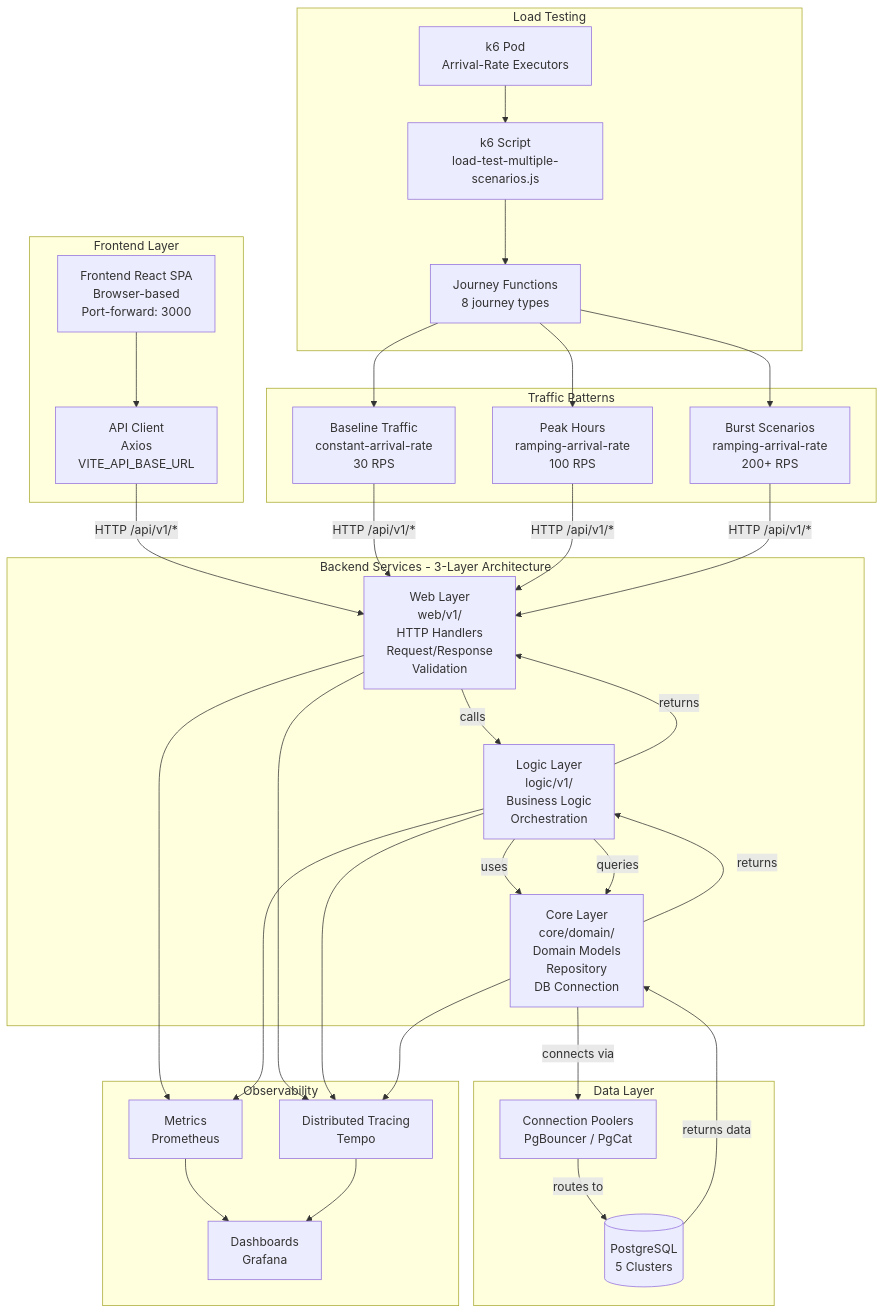
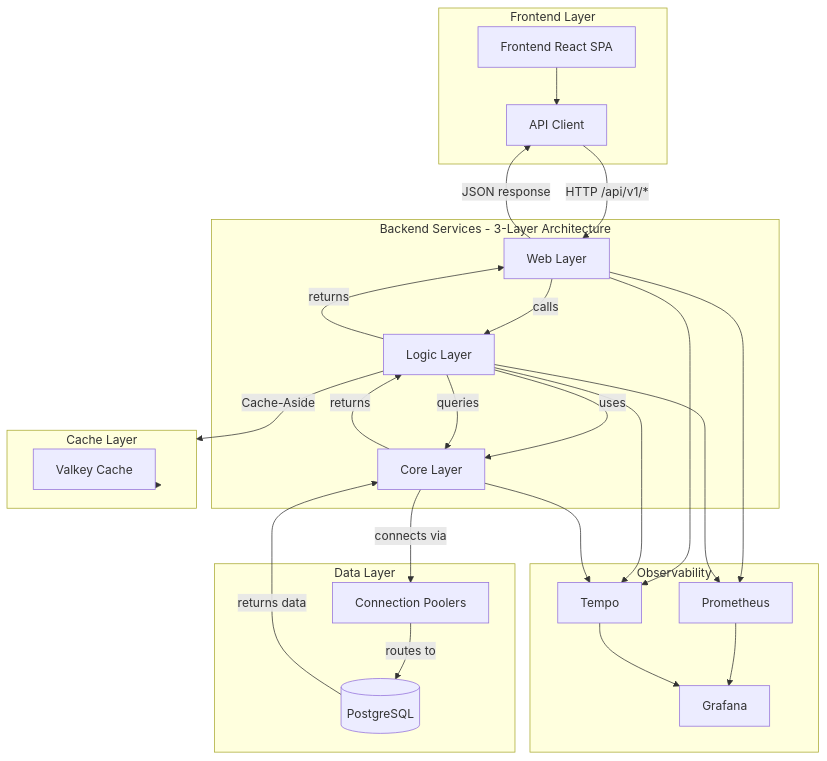
The diagram in README.md (duynhlab/homelab), drawn with Mermaid before and after one commit. The commit also changed other lines of this file, not shown here.

````diff
--- a/README.md
+++ b/README.md
@@ -30,69 +30,49 @@
 ```mermaid
 flowchart TB
-    subgraph "Frontend Layer"
-        FE[Frontend React SPA<br/>Browser-based<br/>Port-forward: 3000]
-        FEAPI[API Client<br/>Axios<br/>VITE_API_BASE_URL]
+    subgraph FrontendLayer["Frontend Layer"]
+        FE[Frontend React SPA]
+        FEAPI[API Client]
     end
     
-    subgraph "Load Testing"
-        K6[k6 Pod<br/>Arrival-Rate Executors]
-        Script[k6 Script<br/>load-test-multiple-scenarios.js]
-        Journeys[Journey Functions<br/>8 journey types]
+    subgraph BackendServices["Backend Services - 3-Layer Architecture"]
+        Web[Web Layer]
+        Logic[Logic Layer]
+        Core[Core Layer]
     end
     
-    subgraph "Traffic Patterns"
-        Baseline[Baseline Traffic<br/>constant-arrival-rate<br/>30 RPS]
-        Peak[Peak Hours<br/>ramping-arrival-rate<br/>100 RPS]
-        Burst[Burst Scenarios<br/>ramping-arrival-rate<br/>200+ RPS]
+    subgraph CacheLayer["Cache Layer"]
+        Valkey[Valkey Cache]
     end
     
-    subgraph "Backend Services - 3-Layer Architecture"
-        Web[Web Layer<br/>web/v1/<br/>HTTP Handlers<br/>Request/Response<br/>Validation]
-        Logic[Logic Layer<br/>logic/v1/<br/>Business Logic<br/>Orchestration]
-        Core[Core Layer<br/>core/domain/<br/>Domain Models<br/>Repository<br/>DB Connection]
+    subgraph DataLayer["Data Layer"]
+        Pooler[Connection Poolers]
+        Database[(PostgreSQL)]
     end
     
-    subgraph "Data Layer"
-        Pooler[Connection Poolers<br/>PgBouncer / PgCat]
-        Database[(PostgreSQL<br/>5 Clusters)]
-    end
-    
-    subgraph "Observability"
-        Tempo[Distributed Tracing<br/>Tempo]
-        Prometheus[Metrics<br/>Prometheus]
-        Grafana[Dashboards<br/>Grafana]
+    subgraph Observability["Observability"]
+        Tempo[Tempo]
+        Prometheus[Prometheus]
+        Grafana[Grafana]
     end
     
     FE --> FEAPI
-    FEAPI -->|"HTTP /api/v1/*"| Web
-    
-    K6 --> Script
-    Script --> Journeys
-    
-    Journeys --> Baseline
-    Journeys --> Peak
-    Journeys --> Burst
-    
-    Baseline -->|"HTTP /api/v1/*"| Web
-    Peak -->|"HTTP /api/v1/*"| Web
-    Burst -->|"HTTP /api/v1/*"| Web
-    
+    FEAPI -->|HTTP /api/v1/*| Web
     Web -->|calls| Logic
+    Logic -->|Cache-Aside| CacheLayer
     Logic -->|uses| Core
     Logic -->|queries| Core
     Core -->|connects via| Pooler
     Pooler -->|routes to| Database
+    CacheLayer --> Valkey
     Database -->|returns data| Core
     Core -->|returns| Logic
     Logic -->|returns| Web
-    
+    Web -->|JSON response| FEAPI
     Web --> Tempo
     Logic --> Tempo
     Core --> Tempo
-    
     Web --> Prometheus
     Logic --> Prometheus
-    
     Prometheus --> Grafana
     Tempo --> Grafana
 ```
````
